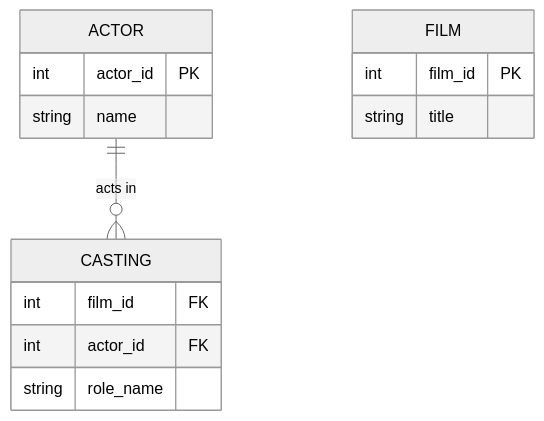
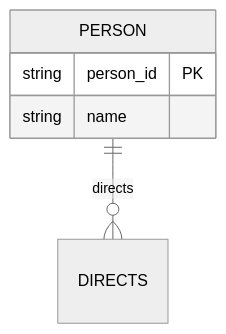
Before and after one commit to DagimAlemayehuu/Ater: the second of 2 diagrams in Obsidian_Vault/2-Academic/Autumn 2025/Database_Systems/3_Relational_Model_And_Database_Design/Recursive_Relationship.md, drawn with Mermaid (neutral theme). The commit also changed other lines of this file and 41 other files, not shown here.

````diff
--- a/Obsidian_Vault/2-Academic/Autumn 2025/Database_Systems/3_Relational_Model_And_Database_Design/Recursive_Relationship.md
+++ b/Obsidian_Vault/2-Academic/Autumn 2025/Database_Systems/3_Relational_Model_And_Database_Design/Recursive_Relationship.md
@@ -35,17 +39,8 @@
 ```mermaid
 erDiagram
-    ACTOR ||--o{ CASTING : "acts in"
-    ACTOR {
-        int actor_id PK
+    PERSON ||--o{ DIRECTS : "directs"
+    PERSON {
+        string person_id PK
         string name
     }
-    CASTING {
-        int film_id FK
-        int actor_id FK
-        string role_name
-    }
-    FILM {
-        int film_id PK
-        string title
-    }
 ```
````
